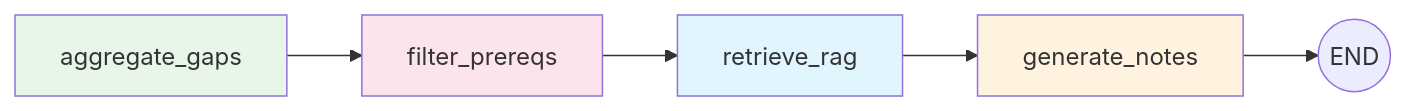
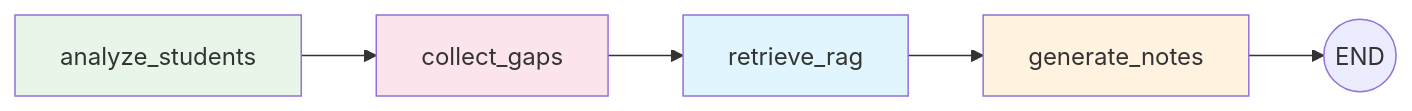
The fourth of 8 diagrams in backend/docs/architecture.md (freger-ucu/ai-tutor), drawn with Mermaid before and after one commit. The commit also changed other lines of this file and 2 other files, not shown here.

Commit message:
Upadate docs on new notes flow

````diff
--- a/backend/docs/architecture.md
+++ b/backend/docs/architecture.md
@@ -163,12 +163,12 @@
 ```mermaid
 graph LR
-    A[aggregate_gaps] --> B[filter_prereqs]
+    A[analyze_students] --> B[collect_gaps]
     B --> C[retrieve_rag]
     C --> D[generate_notes]
     D --> E((END))
 
     style A fill:#e8f5e9
     style B fill:#fce4ec
     style C fill:#e1f5fe
     style D fill:#fff3e0
 ```
````
